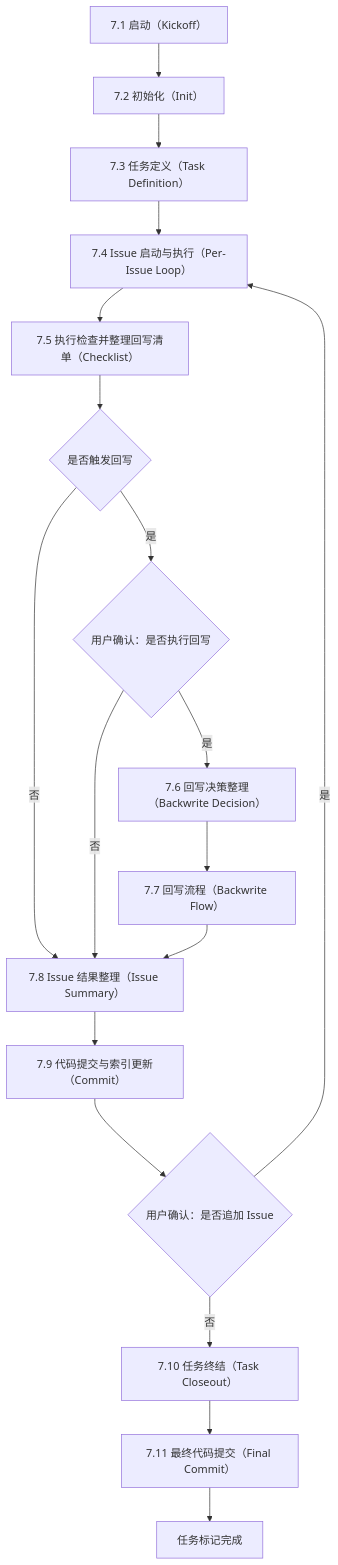
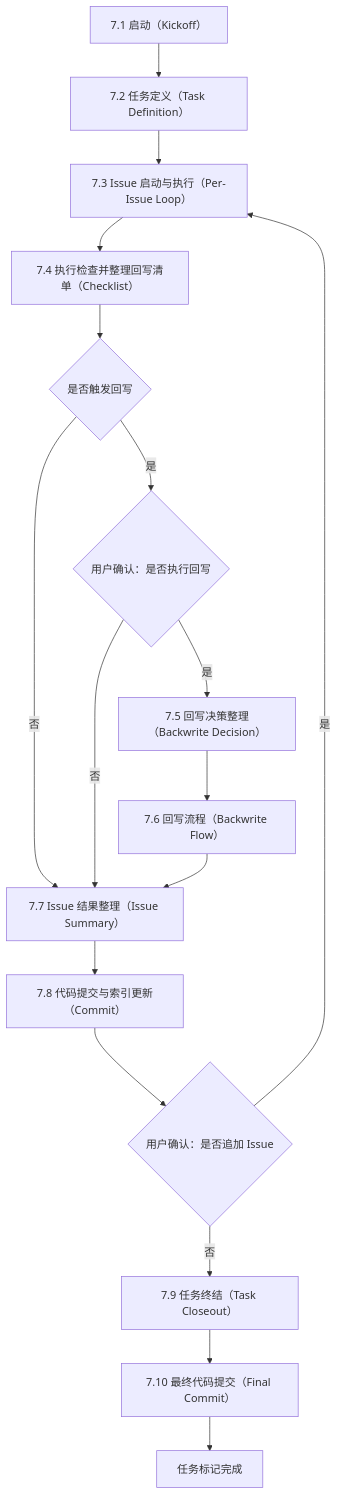
The diagram in skills/doc-ssot-flow/SKILL.md (rocketion/my_skills), drawn with Mermaid before and after one commit. The commit also changed other lines of this file and 1 other file, not shown here.

Commit message:
docs(skill): 调整 doc-ssot-flow 启动流程与 SOP 编号

````diff
--- a/skills/doc-ssot-flow/SKILL.md
+++ b/skills/doc-ssot-flow/SKILL.md
@@ -47,22 +47,21 @@
 ```mermaid
 flowchart TD
-  s31["7.1 启动（Kickoff）"] --> s32["7.2 初始化（Init）"]
-  s32 --> s33["7.3 任务定义（Task Definition）"]
-  s33 --> s34["7.4 Issue 启动与执行（Per-Issue Loop）"]
-  s34 --> s35["7.5 执行检查并整理回写清单（Checklist）"]
+  s31["7.1 启动（Kickoff）"] --> s33["7.2 任务定义（Task Definition）"]
+  s33 --> s34["7.3 Issue 启动与执行（Per-Issue Loop）"]
+  s34 --> s35["7.4 执行检查并整理回写清单（Checklist）"]
 
   s35 --> d_need{"是否触发回写"}
-  d_need -- 否 --> s38["7.8 Issue 结果整理（Issue Summary）"]
+  d_need -- 否 --> s38["7.7 Issue 结果整理（Issue Summary）"]
   d_need -- 是 --> d_backwrite{"用户确认：是否执行回写"}
   d_backwrite -- 否 --> s38
-  d_backwrite -- 是 --> s36["7.6 回写决策整理（Backwrite Decision）"]
-  s36 --> s37["7.7 回写流程（Backwrite Flow）"]
+  d_backwrite -- 是 --> s36["7.5 回写决策整理（Backwrite Decision）"]
+  s36 --> s37["7.6 回写流程（Backwrite Flow）"]
   s37 --> s38
 
-  s38 --> s39["7.9 代码提交与索引更新（Commit）"]
+  s38 --> s39["7.8 代码提交与索引更新（Commit）"]
   s39 --> d_next_issue{"用户确认：是否追加 Issue"}
   d_next_issue -- 是 --> s34
-  d_next_issue -- 否 --> s310["7.10 任务终结（Task Closeout）"]
-  s310 --> s311["7.11 最终代码提交（Final Commit）"]
+  d_next_issue -- 否 --> s310["7.9 任务终结（Task Closeout）"]
+  s310 --> s311["7.10 最终代码提交（Final Commit）"]
   s311 --> done[任务标记完成]
 ```
````
